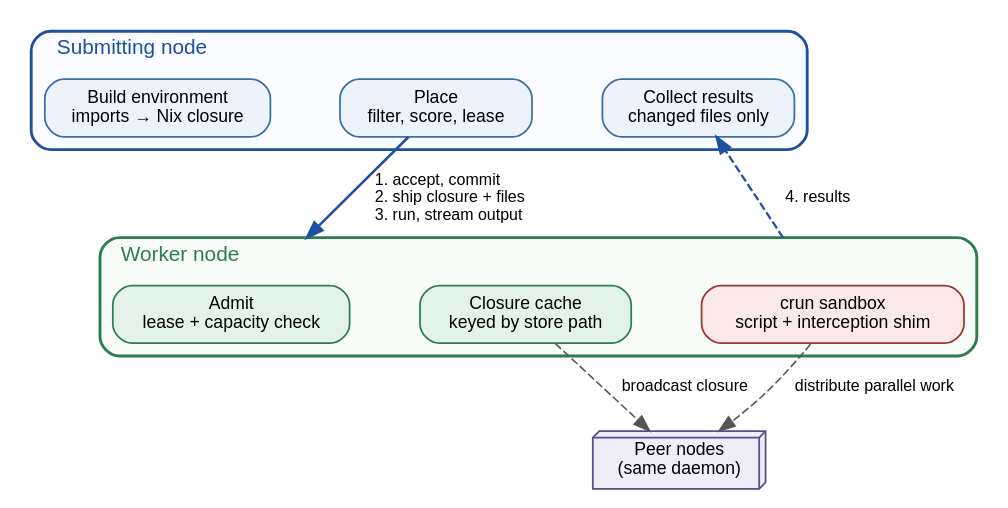
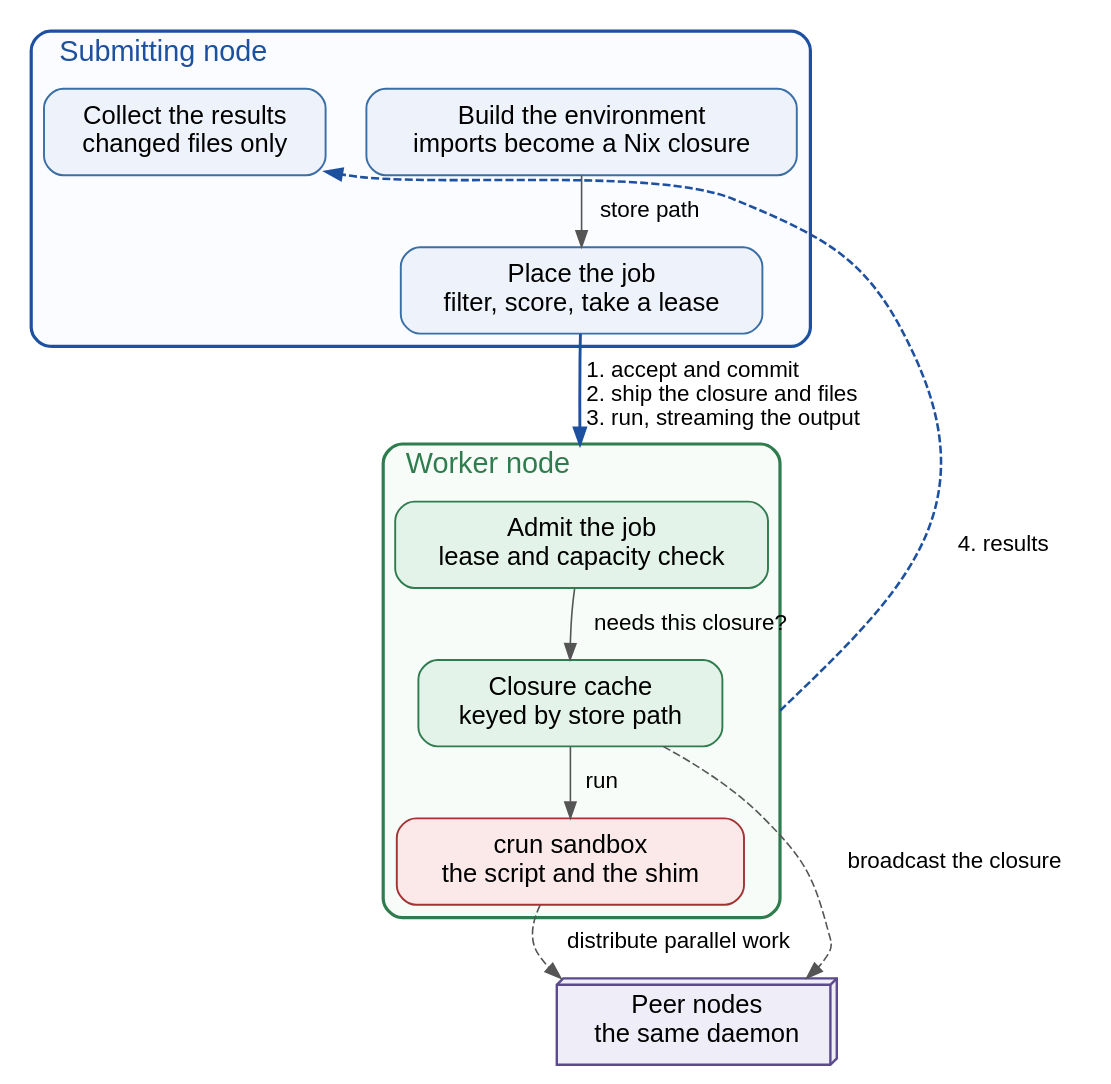
Before and after one commit to vinayakyadav2709/Pipedpeer: the diagram in docs/diagrams/src/fig_3.1_system_design.dot, drawn with Graphviz. The commit also changed 34 other files, not shown here.

```diff
--- a/docs/diagrams/src/fig_3.1_system_design.dot
+++ b/docs/diagrams/src/fig_3.1_system_design.dot
@@ -1,41 +1,40 @@
 // Figure 3.1 - PipedPeer system design.
-// One message: every node runs the same daemon; the submitting side is a
-// short-lived client that places, ships and streams. Render at -Gdpi=300.
+// Every box is on the path: previously "Build environment", "Collect results"
+// and "Admit" were held in place by invisible edges and read as decoration.
 digraph SystemDesign {
-  rankdir=TB; compound=true; bgcolor="white";
-  nodesep=0.30; ranksep=0.60;
-  node [fontname="Helvetica", fontsize=11, shape=box, style="rounded,filled",
-        fillcolor="#eef3fb", color="#3b6ea5", penwidth=1.1, margin="0.14,0.09"];
-  edge [fontname="Helvetica", fontsize=10, color="#555555"];
-  graph [fontname="Helvetica", fontsize=12];
+  rankdir=TB; compound=true; bgcolor="white"; nodesep=0.35; ranksep=0.42;
+  node [fontname="Helvetica", fontsize=16, shape=box, style="rounded,filled",
+        fillcolor="#eef3fb", color="#3b6ea5", penwidth=1.2, margin="0.20,0.13"];
+  edge [fontname="Helvetica", fontsize=14, color="#555555"];
+  graph [fontname="Helvetica", fontsize=18];
 
   subgraph cluster_submit {
-    label="Submitting node"; labeljust=l; fontsize=13;
-    style="rounded"; color="#1e50a0"; penwidth=1.8; fontcolor="#1e50a0"; bgcolor="#fafcff";
-    build [label="Build environment\nimports → Nix closure"];
-    place [label="Place\nfilter, score, lease"];
-    coll  [label="Collect results\nchanged files only"];
-    { rank=same; build; place; coll; }
-    build -> place -> coll [style=invis];
+    label="Submitting node"; labeljust=l;
+    style="rounded"; color="#1e50a0"; penwidth=2.0; fontcolor="#1e50a0"; bgcolor="#fafcff";
+    build [label="Build the environment\nimports become a Nix closure"];
+    place [label="Place the job\nfilter, score, take a lease"];
+    coll  [label="Collect the results\nchanged files only"];
+    build -> place [label="  store path  "];
   }
 
   subgraph cluster_worker {
-    label="Worker node"; labeljust=l; fontsize=13;
-    style="rounded"; color="#2f7d4f"; penwidth=1.8; fontcolor="#2f7d4f"; bgcolor="#f8fcf9";
-    admit [label="Admit\nlease + capacity check", fillcolor="#e3f3e9", color="#2f7d4f"];
-    cache [label="Closure cache\nkeyed by store path", fillcolor="#e3f3e9", color="#2f7d4f"];
-    sandbox [label="crun sandbox\nscript + interception shim", fillcolor="#fbe9e9", color="#a33333"];
-    { rank=same; admit; cache; sandbox; }
-    admit -> cache -> sandbox [style=invis];
+    label="Worker node"; labeljust=l;
+    style="rounded"; color="#2f7d4f"; penwidth=2.0; fontcolor="#2f7d4f"; bgcolor="#f8fcf9";
+    node [fillcolor="#e3f3e9", color="#2f7d4f"];
+    admit [label="Admit the job\nlease and capacity check"];
+    cache [label="Closure cache\nkeyed by store path"];
+    sandbox [label="crun sandbox\nthe script and the shim", fillcolor="#fbe9e9", color="#a33333"];
+    admit -> cache [label="  needs this closure?  "];
+    cache -> sandbox [label="  run  "];
   }
 
-  peers [label="Peer nodes\n(same daemon)", shape=box3d, fillcolor="#efedf7", color="#5b4b8a"];
+  peers [label="Peer nodes\nthe same daemon", shape=box3d, fillcolor="#efedf7", color="#5b4b8a", penwidth=1.5];
 
-  place -> admit [lhead=cluster_worker, penwidth=1.6, color="#1e50a0",
-                  label="  1. accept, commit\l  2. ship closure + files\l  3. run, stream output\l"];
-  sandbox -> coll [ltail=cluster_worker, style=dashed, penwidth=1.4, color="#1e50a0",
+  place -> admit [lhead=cluster_worker, penwidth=1.8, color="#1e50a0",
+                  label="  1. accept and commit\l  2. ship the closure and files\l  3. run, streaming the output\l"];
+  sandbox -> coll [ltail=cluster_worker, style=dashed, penwidth=1.6, color="#1e50a0", constraint=false,
                    label="  4. results  "];
 
-  cache   -> peers [style=dashed, label=" broadcast closure "];
-  sandbox -> peers [style=dashed, label=" distribute parallel work "];
+  cache   -> peers [style=dashed, label="  broadcast the closure  "];
+  sandbox -> peers [style=dashed, label="  distribute parallel work  "];
 }
```
